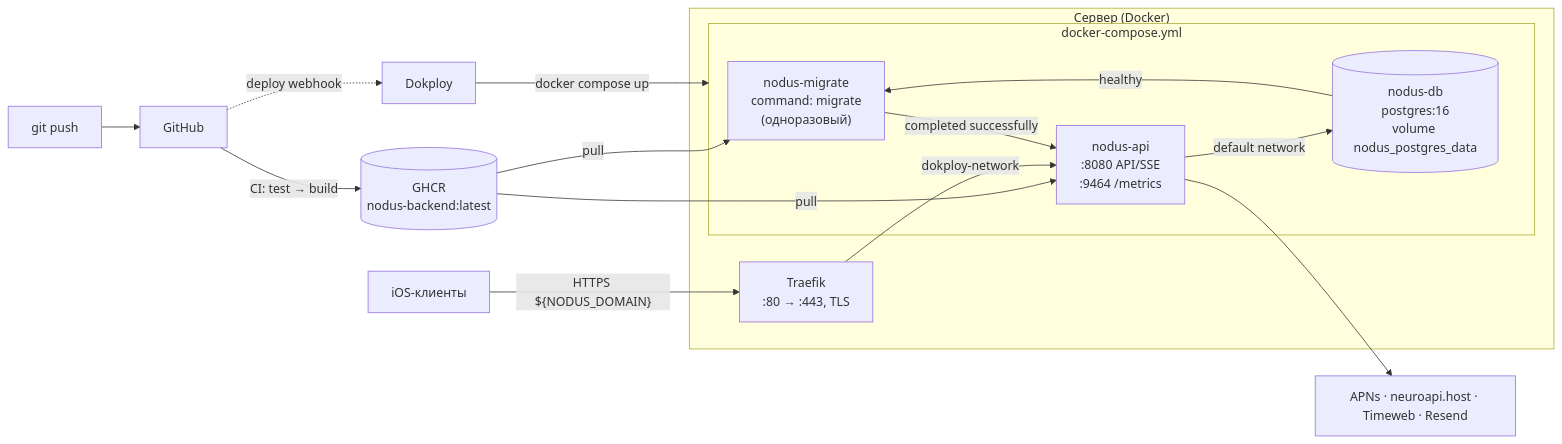
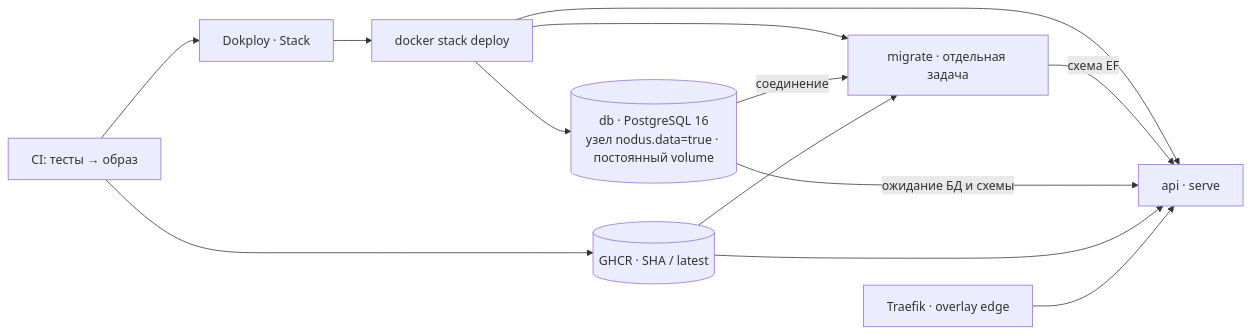
One commit to petriashvili-dev/nodus-backend changed the diagram in docs/09-operations.md. Above: the diagram before and after it, drawn with Mermaid. The commit also changed other lines of this file and 114 other files, not shown here.

````diff
--- a/docs/09-operations.md
+++ b/docs/09-operations.md
@@ -76,22 +77,14 @@
 ```mermaid
 flowchart LR
-    DEV["git push"] --> GH["GitHub"]
-    GH -- "CI: test → build" --> GHCR[("GHCR<br/>nodus-backend:latest")]
-    GH -. "deploy webhook" .-> DOK["Dokploy"]
-
-    subgraph Server["Сервер (Docker)"]
-        TR["Traefik<br/>:80 → :443, TLS"]
-        subgraph Compose["docker-compose.yml"]
-            MIG["nodus-migrate<br/>command: migrate<br/>(одноразовый)"]
-            API["nodus-api<br/>:8080 API/SSE<br/>:9464 /metrics"]
-            DB[("nodus-db<br/>postgres:16<br/>volume nodus_postgres_data")]
-        end
-    end
-
-    DOK -- "docker compose up" --> Compose
-    GHCR -- "pull" --> MIG & API
-    Internet["iOS-клиенты"] -- "HTTPS ${NODUS_DOMAIN}" --> TR -- "dokploy-network" --> API
-    DB -- "healthy" --> MIG -- "completed successfully" --> API
-    API -- "default network" --> DB
-    API --> EXT["APNs · neuroapi.host · Timeweb · Resend"]
+    GH["CI: тесты → образ"] --> GHCR[("GHCR · SHA / latest")]
+    GH --> DOK["Dokploy · Stack"]
+    DOK --> SW["docker stack deploy"]
+    SW --> DB[("db · PostgreSQL 16<br/>узел nodus.data=true · постоянный volume")]
+    SW --> MIG["migrate · отдельная задача"]
+    SW --> API["api · serve"]
+    DB -- "соединение" --> MIG
+    MIG -- "схема EF" --> API
+    DB -- "ожидание БД и схемы" --> API
+    GHCR --> MIG & API
+    TR["Traefik · overlay edge"] --> API
 ```
````
